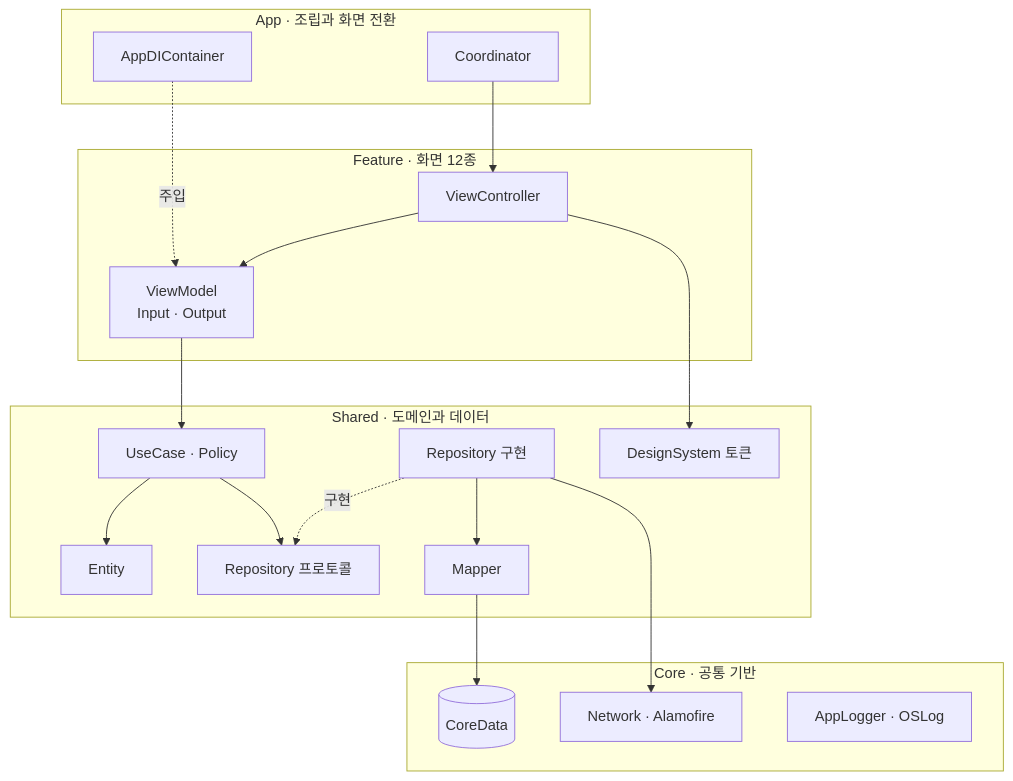
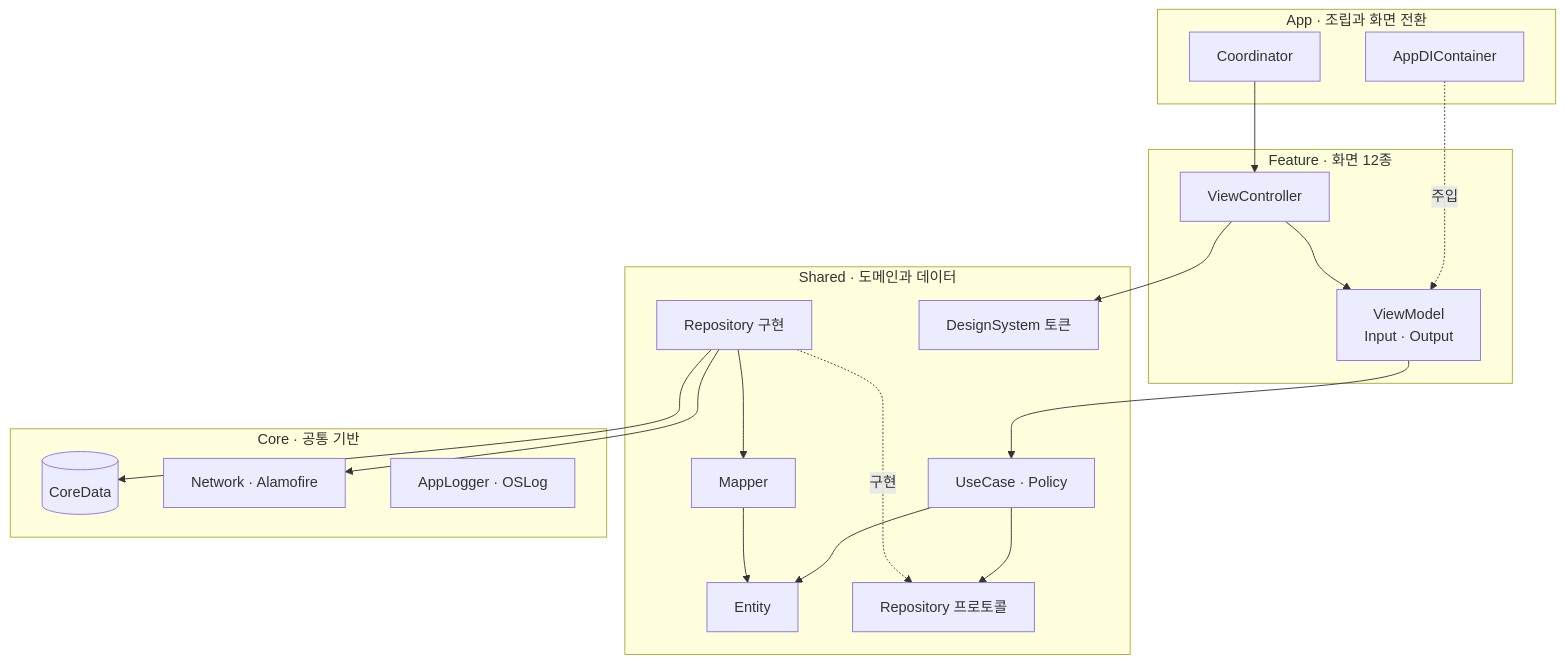
Before and after one commit to Maekiee/Danogotchi: the first of 3 diagrams in README.md, drawn with Mermaid. The commit also changed other lines of this file and 12 other files, not shown here.

````diff
--- a/README.md
+++ b/README.md
@@ -109,39 +109,40 @@
 ```mermaid
 graph TD
     subgraph APP["App · 조립과 화면 전환"]
         DI[AppDIContainer]
         CO[Coordinator]
     end
 
     subgraph FEATURE["Feature · 화면 12종"]
         VC[ViewController]
         VM[ViewModel<br/>Input · Output]
     end
 
     subgraph SHARED["Shared · 도메인과 데이터"]
         UC[UseCase · Policy]
         EN[Entity]
         IF[Repository 프로토콜]
         RP[Repository 구현]
         MP[Mapper]
         DS[DesignSystem 토큰]
     end
 
     subgraph CORE["Core · 공통 기반"]
         CD[(CoreData)]
         NW[Network · Alamofire]
         LG[AppLogger · OSLog]
     end
 
     CO --> VC
     DI -. 주입 .-> VM
     VC --> VM
     VC --> DS
     VM --> UC
     UC --> EN
     UC --> IF
     RP -. 구현 .-> IF
     RP --> MP
-    MP --> CD
+    RP --> CD
     RP --> NW
+    MP --> EN
 ```
````
